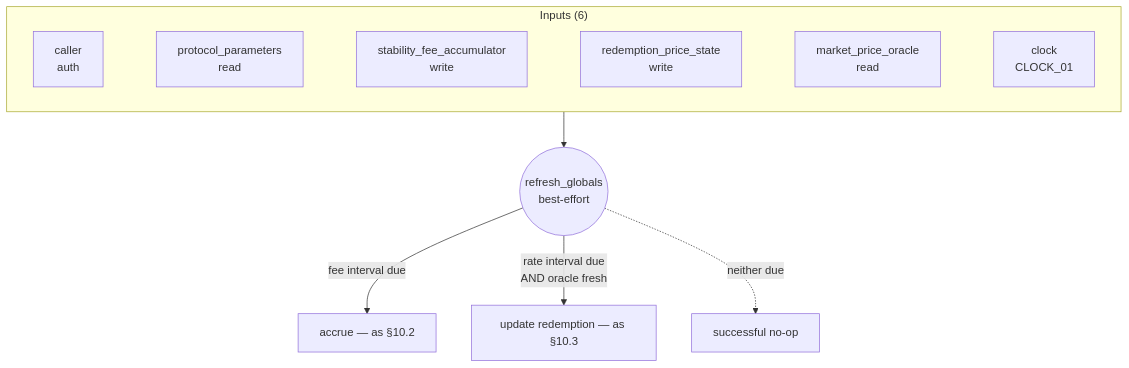
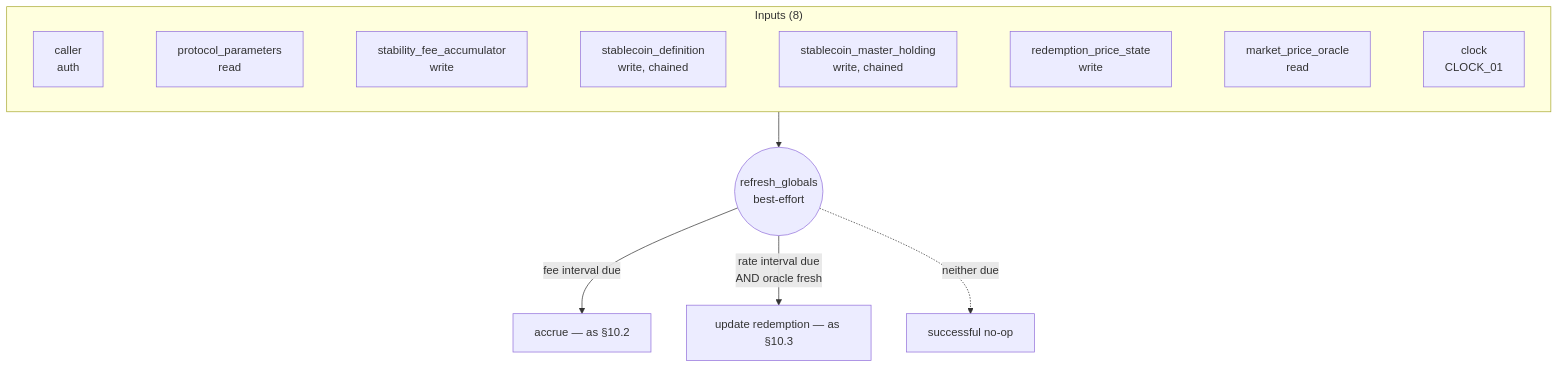
One commit to logos-blockchain/lez-programs changed the sixth of 15 diagrams in docs/stablecoin/README.md. Above: the diagram before and after it, drawn with Mermaid. The commit also changed other lines of this file and 25 other files, not shown here.

First line of the commit message:
fix(stablecoin)!: mint accrued stability fees to the surplus holding

````diff
--- a/docs/stablecoin/README.md
+++ b/docs/stablecoin/README.md
@@ -888,10 +916,10 @@
 ```mermaid
 flowchart TD
-    subgraph In["Inputs (6)"]
-        a1[caller<br/>auth] ~~~ a2[protocol_parameters<br/>read] ~~~ a3[stability_fee_accumulator<br/>write] ~~~ a4[redemption_price_state<br/>write] ~~~ a5[market_price_oracle<br/>read] ~~~ a6[clock<br/>CLOCK_01]
+    subgraph In["Inputs (8)"]
+        a1[caller<br/>auth] ~~~ a2[protocol_parameters<br/>read] ~~~ a3[stability_fee_accumulator<br/>write] ~~~ a4[stablecoin_definition<br/>write, chained] ~~~ a5[stablecoin_master_holding<br/>write, chained] ~~~ a6[redemption_price_state<br/>write] ~~~ a7[market_price_oracle<br/>read] ~~~ a8[clock<br/>CLOCK_01]
     end
     In --> Ins((refresh_globals<br/>best-effort))
     Ins -->|fee interval due| F[accrue — as §10.2]
     Ins -->|rate interval due<br/>AND oracle fresh| R[update redemption — as §10.3]
     Ins -.->|neither due| N[successful no-op]
 ```
````
